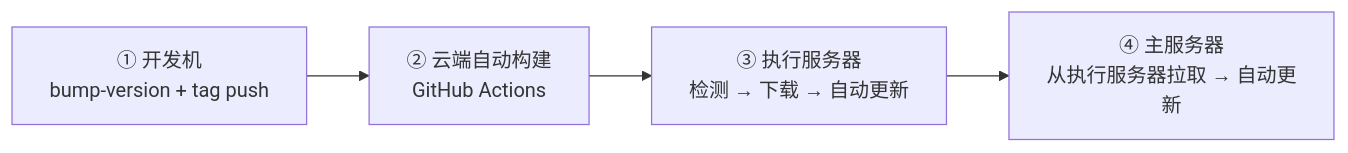
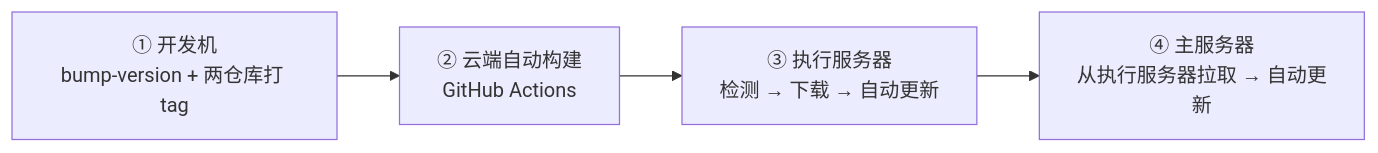
The first of 6 diagrams in doc/部署流程/自动部署链路改造设计-20261104.md (liuzh2008/med_ai_assistant_workspace), drawn with Mermaid before and after one commit. The commit also changed other lines of this file, not shown here.

````diff
--- a/doc/部署流程/自动部署链路改造设计-20261104.md
+++ b/doc/部署流程/自动部署链路改造设计-20261104.md
@@ -18,6 +20,6 @@
 ```mermaid
 flowchart LR
-    A["① 开发机<br/>bump-version + tag push"] --> B["② 云端自动构建<br/>GitHub Actions"]
+    A["① 开发机<br/>bump-version + 两仓库打 tag"] --> B["② 云端自动构建<br/>GitHub Actions"]
     B --> C["③ 执行服务器<br/>检测 → 下载 → 自动更新"]
     C --> D["④ 主服务器<br/>从执行服务器拉取 → 自动更新"]
 ```
````
